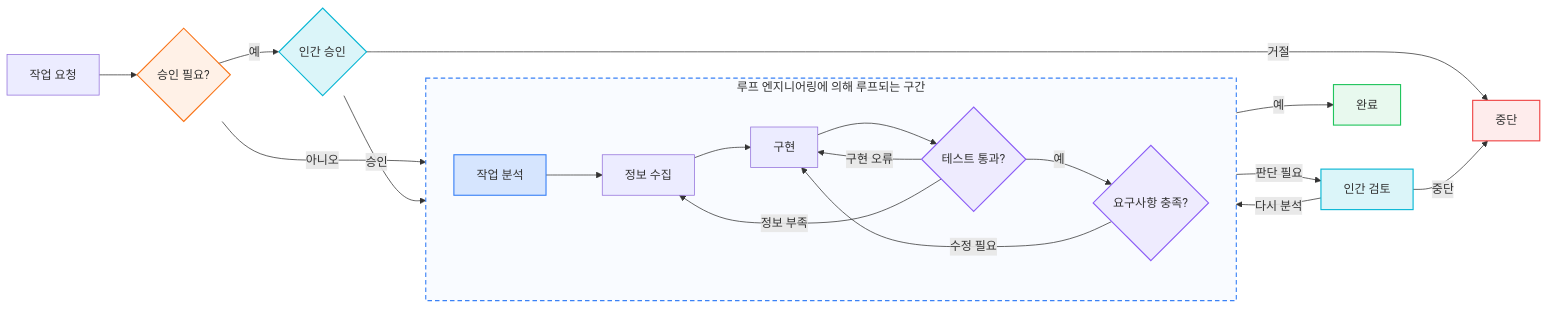
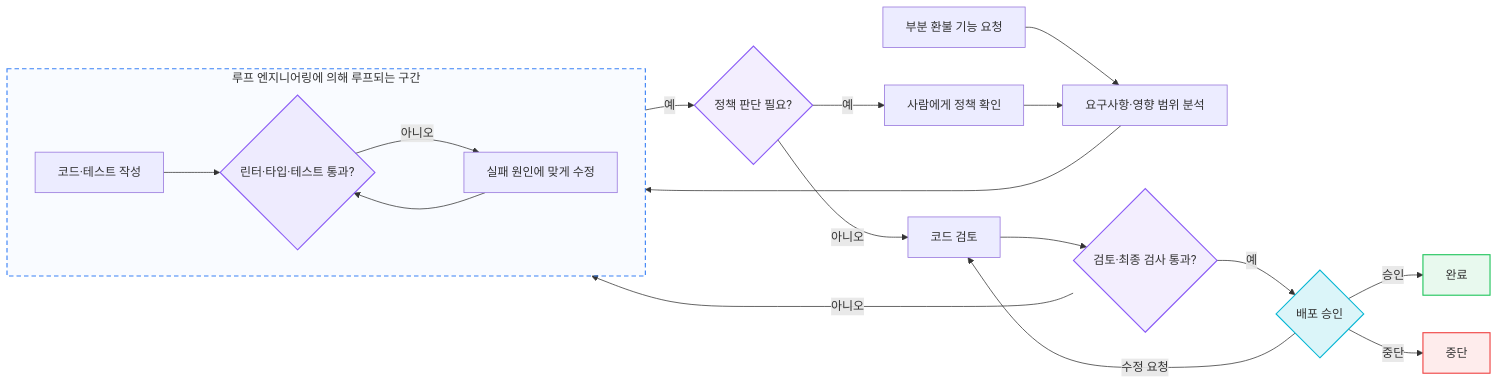
The third of 3 diagrams in contents/blog-posts/21-에이전트-워크플로우와-개발자의-중심-잡기.mdx (wonseok-han/my-blog), drawn with Mermaid before and after one commit. The commit also changed other lines of this file and 1 other file, not shown here.

````diff
--- a/contents/blog-posts/21-에이전트-워크플로우와-개발자의-중심-잡기.mdx
+++ b/contents/blog-posts/21-에이전트-워크플로우와-개발자의-중심-잡기.mdx
@@ -156,34 +235,32 @@
 ```mermaid
 flowchart LR
-    Start["작업 요청"] --> Approval{"승인 필요?"}
-    Approval -->|예| Human{"인간 승인"}
-    Approval -->|아니오| Analyze["작업 분석"]
-    Human -->|승인| Analyze
-    Human -->|거절| Halt["중단"]
+    Start["부분 환불 기능 요청"] --> Design["요구사항·영향 범위 분석"]
 
     subgraph LoopScope["루프 엔지니어링에 의해 루프되는 구간"]
         direction LR
-        Analyze --> Gather["정보 수집"]
-        Gather --> Build["구현"]
-        Build --> Test{"테스트 통과?"}
-        Test -->|구현 오류| Build
-        Test -->|정보 부족| Gather
-        Test -->|예| Check{"요구사항 충족?"}
-        Check -->|수정 필요| Build
+        Write["코드·테스트 작성"]
+        Write --> Basic{"린터·타입·테스트 통과?"}
+        Basic -->|아니오| FixCode["실패 원인에 맞게 수정"]
+        FixCode --> Basic
     end
 
-    Check -->|판단 필요| Review["인간 검토"]
-    Check -->|예| End["완료"]
-    Review -->|다시 분석| Analyze
-    Review -->|중단| Halt
+    Design --> Write
+    Basic -->|예| Policy{"정책 판단 필요?"}
+    Policy -->|예| Decide["사람에게 정책 확인"]
+    Decide --> Design
+    Policy -->|아니오| Content["코드 검토"]
+    Content --> FinalCheck{"검토·최종 검사 통과?"}
+    FinalCheck -->|아니오| FixCode
+    FinalCheck -->|예| Human{"배포 승인"}
+    Human -->|승인| End["완료"]
+    Human -->|수정 요청| Content
+    Human -->|중단| Halt["중단"]
 
     style LoopScope fill:#3b82f608,stroke:#3b82f6,stroke-width:1.5px,stroke-dasharray:6 4
-    style Approval fill:#f973161a,stroke:#f97316,stroke-width:1.5px
-    style Analyze fill:#3b82f62e,stroke:#3b82f6,stroke-width:1.5px
-    style Test fill:#8b5cf61a,stroke:#8b5cf6,stroke-width:1.5px
-    style Check fill:#8b5cf61a,stroke:#8b5cf6,stroke-width:1.5px
+    style Basic fill:#8b5cf61a,stroke:#8b5cf6,stroke-width:1.5px
+    style Policy fill:#8b5cf61a,stroke:#8b5cf6,stroke-width:1.5px
+    style FinalCheck fill:#8b5cf61a,stroke:#8b5cf6,stroke-width:1.5px
     style Human fill:#06b6d424,stroke:#06b6d4,stroke-width:1.5px
-    style Review fill:#06b6d424,stroke:#06b6d4,stroke-width:1.5px
     style End fill:#22c55e1a,stroke:#22c55e,stroke-width:1.5px
     style Halt fill:#ef44441a,stroke:#ef4444,stroke-width:1.5px
 ```
````
